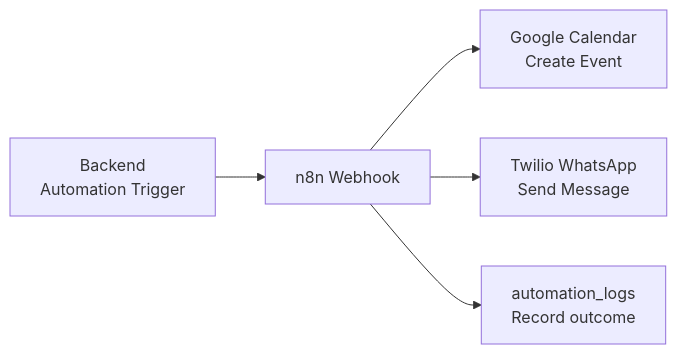
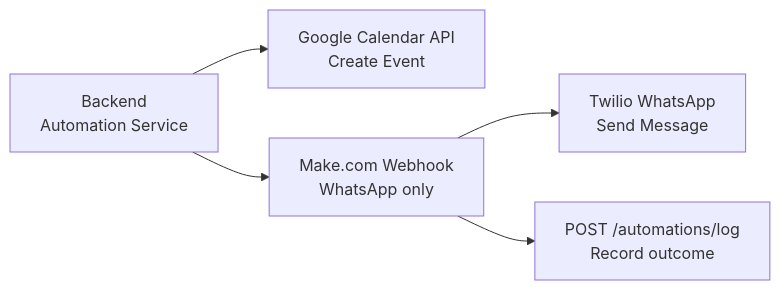
The seventh of 9 diagrams in docs/ARCHITECTURE.md (AdharshJolly/Academix), drawn with Mermaid before and after one commit. The commit also changed other lines of this file and 28 other files, not shown here.

````diff
--- a/docs/ARCHITECTURE.md
+++ b/docs/ARCHITECTURE.md
@@ -188,7 +188,7 @@
 ```mermaid
 flowchart LR
-    BE["Backend\nAutomation Trigger"] --> N8N["n8n Webhook"]
-    N8N --> CAL["Google Calendar\nCreate Event"]
-    N8N --> WA["Twilio WhatsApp\nSend Message"]
-    N8N --> LOG["automation_logs\nRecord outcome"]
+    BE["Backend\nAutomation Service"] --> CAL["Google Calendar API\nCreate Event"]
+    BE --> MAKE["Make.com Webhook\nWhatsApp only"]
+    MAKE --> WA["Twilio WhatsApp\nSend Message"]
+    MAKE --> LOG["POST /automations/log\nRecord outcome"]
 ```
````
